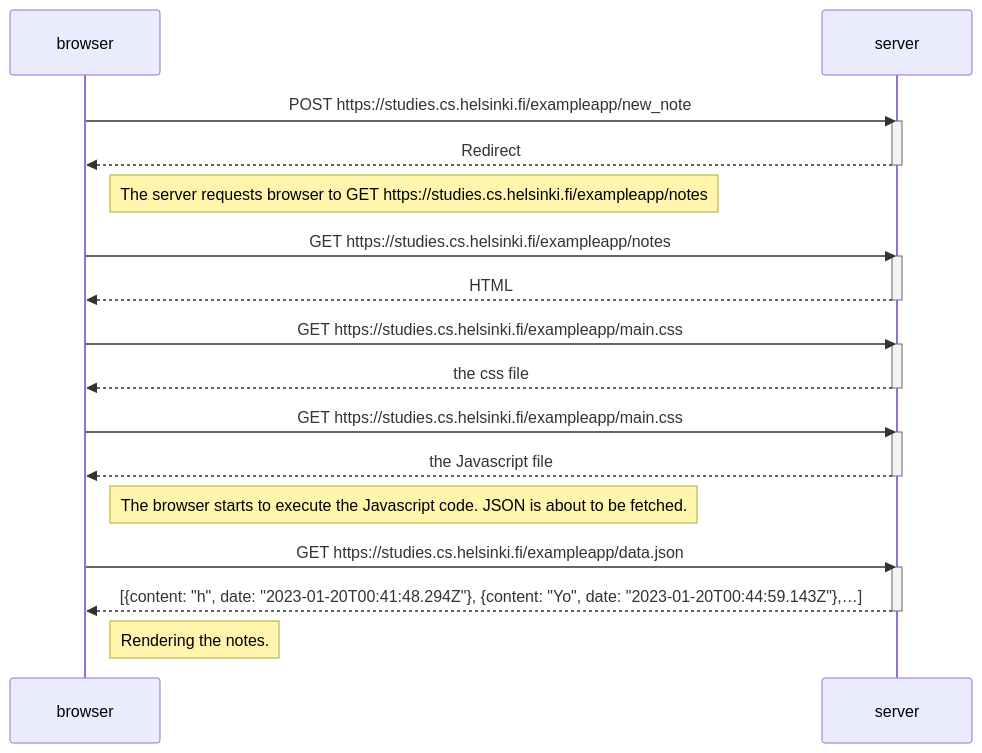
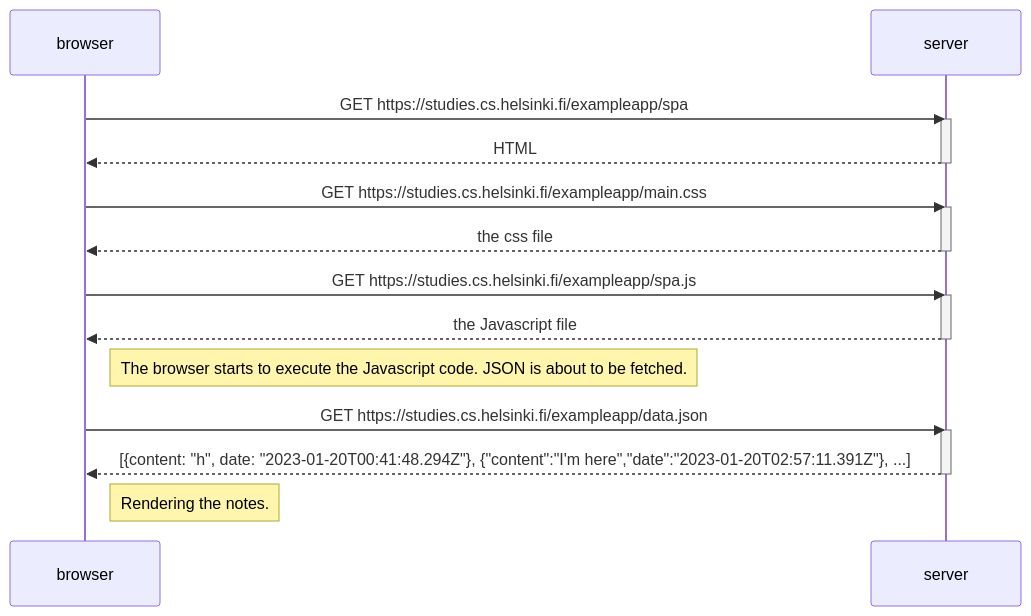
One commit to Tunturihaukka/fullstack0 changed the diagram in 0_5.md. Above: the diagram before and after it, drawn with Mermaid.

````diff
--- a/0_5.md
+++ b/0_5.md
@@ -1,37 +1,30 @@
 ```mermaid
 sequenceDiagram
     participant browser
     participant server
     
-    browser->>server: POST https://studies.cs.helsinki.fi/exampleapp/new_note
-    activate server
-    server-->>browser: Redirect
-    deactivate server
-
-    Note right of browser: The server requests browser to GET https://studies.cs.helsinki.fi/exampleapp/notes 
-    
-    browser->>server: GET https://studies.cs.helsinki.fi/exampleapp/notes
+    browser->>server: GET https://studies.cs.helsinki.fi/exampleapp/spa
     activate server
     server-->>browser: HTML
     deactivate server
     
     browser->>server: GET https://studies.cs.helsinki.fi/exampleapp/main.css
     activate server
     server-->>browser: the css file
     deactivate server
     
-    browser->>server: GET https://studies.cs.helsinki.fi/exampleapp/main.css
+    browser->>server: GET https://studies.cs.helsinki.fi/exampleapp/spa.js
     activate server
     server-->>browser: the Javascript file
     deactivate server
     
     Note right of browser: The browser starts to execute the Javascript code. JSON is about to be fetched.
     
     browser->>server: GET https://studies.cs.helsinki.fi/exampleapp/data.json
     activate server
-    server-->>browser: [{content: "h", date: "2023-01-20T00:41:48.294Z"}, {content: "Yo", date: "2023-01-20T00:44:59.143Z"},…]
+    server-->>browser: [{content: "h", date: "2023-01-20T00:41:48.294Z"}, {"content":"I'm here","date":"2023-01-20T02:57:11.391Z"}, ...]
     deactivate server   
 
 
     Note right of browser: Rendering the notes.
 ```
````
